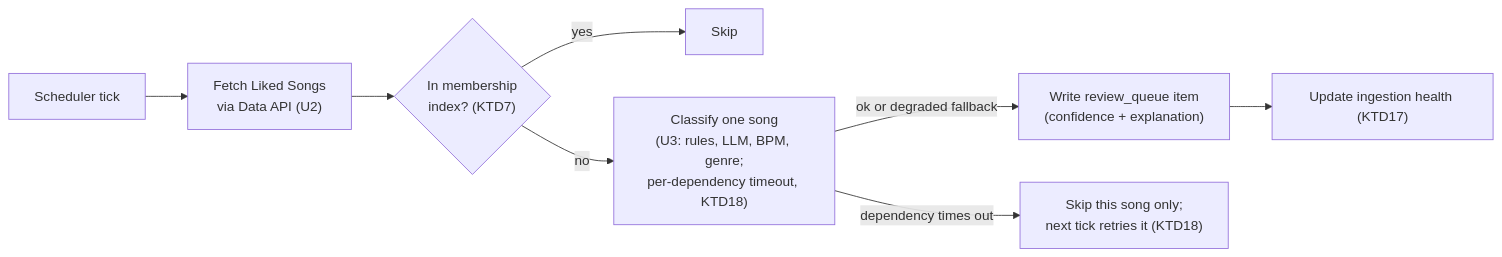
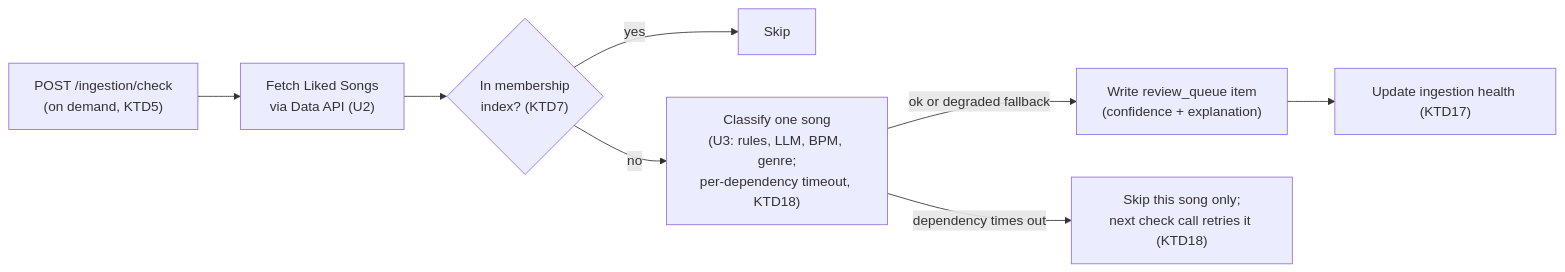
One commit to Wadosmp4/AI-Music-Organizer changed the second of 3 diagrams in docs/plans/2026-08-05-001-feat-ai-music-organizer-product-plan.md. Above: the diagram before and after it, drawn with Mermaid. The commit also changed other lines of this file and 8 other files, not shown here.

````diff
--- a/docs/plans/2026-08-05-001-feat-ai-music-organizer-product-plan.md
+++ b/docs/plans/2026-08-05-001-feat-ai-music-organizer-product-plan.md
@@ -260,10 +258,10 @@
 ```mermaid
 flowchart LR
-  A["Scheduler tick"] --> B["Fetch Liked Songs\nvia Data API (U2)"]
+  A["POST /ingestion/check\n(on demand, KTD5)"] --> B["Fetch Liked Songs\nvia Data API (U2)"]
   B --> C{"In membership\nindex? (KTD7)"}
   C -->|yes| D["Skip"]
   C -->|no| E["Classify one song\n(U3: rules, LLM, BPM, genre;\nper-dependency timeout, KTD18)"]
   E -->|ok or degraded fallback| F["Write review_queue item\n(confidence + explanation)"]
-  E -->|dependency times out| H["Skip this song only;\nnext tick retries it (KTD18)"]
+  E -->|dependency times out| H["Skip this song only;\nnext check call retries it (KTD18)"]
   F --> G["Update ingestion health (KTD17)"]
 ```
````
